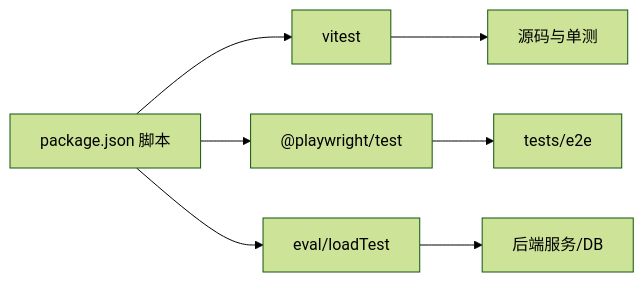
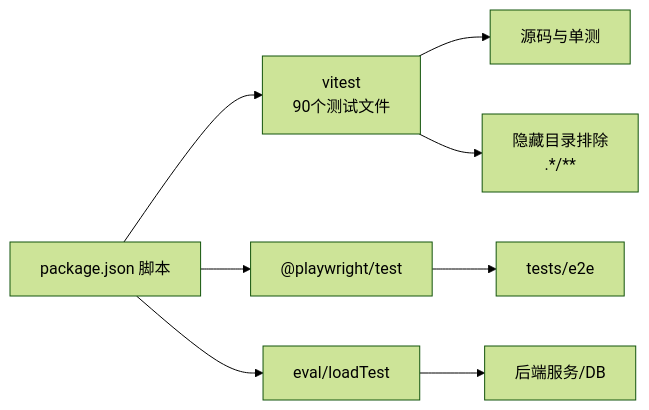
The sixth of 6 diagrams in .qoder/repowiki/zh/content/开发指南/测试策略与实践.md (dgjin/smart-data-analytics), drawn with Mermaid (forest theme) before and after one commit. The commit also changed other lines of this file and 100 other files, not shown here.

````diff
--- a/.qoder/repowiki/zh/content/开发指南/测试策略与实践.md
+++ b/.qoder/repowiki/zh/content/开发指南/测试策略与实践.md
@@ -230,9 +261,10 @@
 ```mermaid
 graph LR
-Pkg["package.json 脚本"] --> VT["vitest"]
+Pkg["package.json 脚本"] --> VT["vitest<br/>90个测试文件"]
 Pkg --> PW["@playwright/test"]
 Pkg --> Eval["eval/loadTest"]
 VT --> Src["源码与单测"]
+VT --> Hidden["隐藏目录排除<br/>.*/**"]
 PW --> E2E["tests/e2e"]
 Eval --> Srv["后端服务/DB"]
 ```
````
